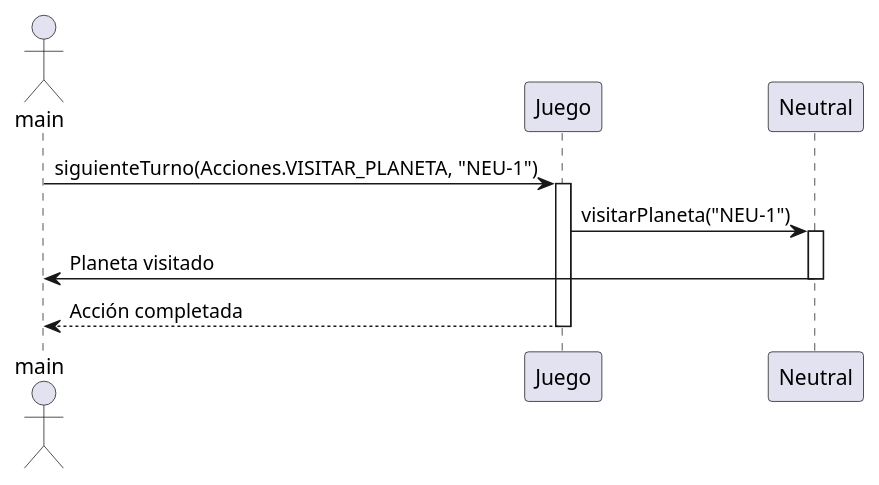
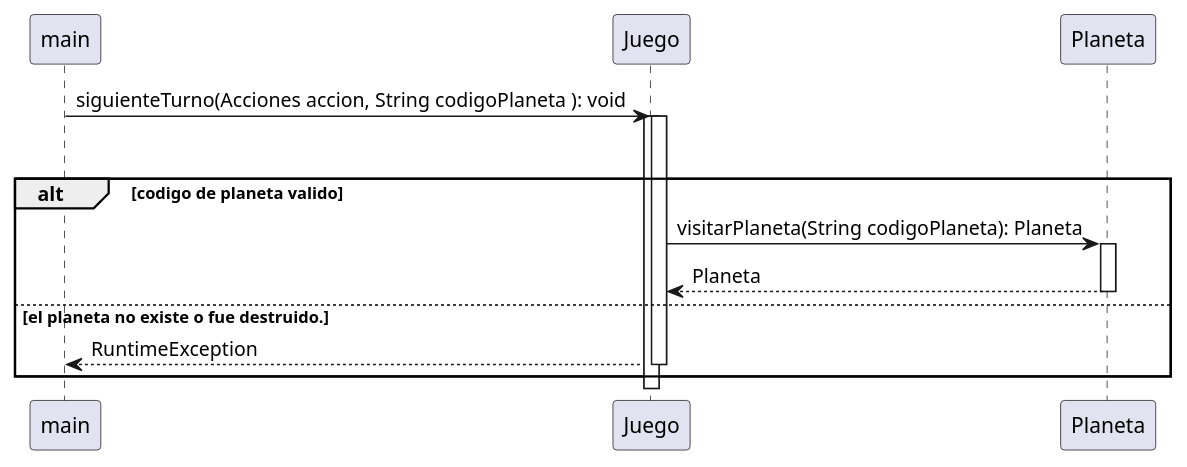
The diagram in src/main/java/org/example/Diagrams/TPO_SequenceDiagramVisitNeutralPlanet.puml (ianlio-git/LostGalaxy), drawn with PlantUML before and after one commit. The commit also changed 12 other files, not shown here.

Commit message:
Diagramas de secuencia terminados y 2 fixes boludos

```diff
--- a/src/main/java/org/example/Diagrams/TPO_SequenceDiagramVisitNeutralPlanet.puml
+++ b/src/main/java/org/example/Diagrams/TPO_SequenceDiagramVisitNeutralPlanet.puml
@@ -1,13 +1,15 @@
 @startuml
-actor main
-participant Juego
-participant Neutral
-main -> Juego: siguienteTurno(Acciones.VISITAR_PLANETA, "NEU-1")
+main->Juego: siguienteTurno(Acciones accion, String codigoPlaneta ): void
 activate Juego
-Juego -> Neutral: visitarPlaneta("NEU-1")
-activate Neutral
-Neutral -> main: Planeta visitado
-deactivate Neutral
-Juego --> main: Acción completada
-deactivate Juego
+    loop busca planeta segun codigo
+        alt codigo de planeta valido
+            activate Juego
+                Juego -> Planeta: visitarPlaneta(String codigoPlaneta): Planeta
+            activate Planeta
+                Planeta --> Juego: Planeta
+            deactivate Planeta
+        else el planeta no existe o fue destruido.
+                Juego --> main : RuntimeException
+            deactivate Juego
+end
 @enduml
```
